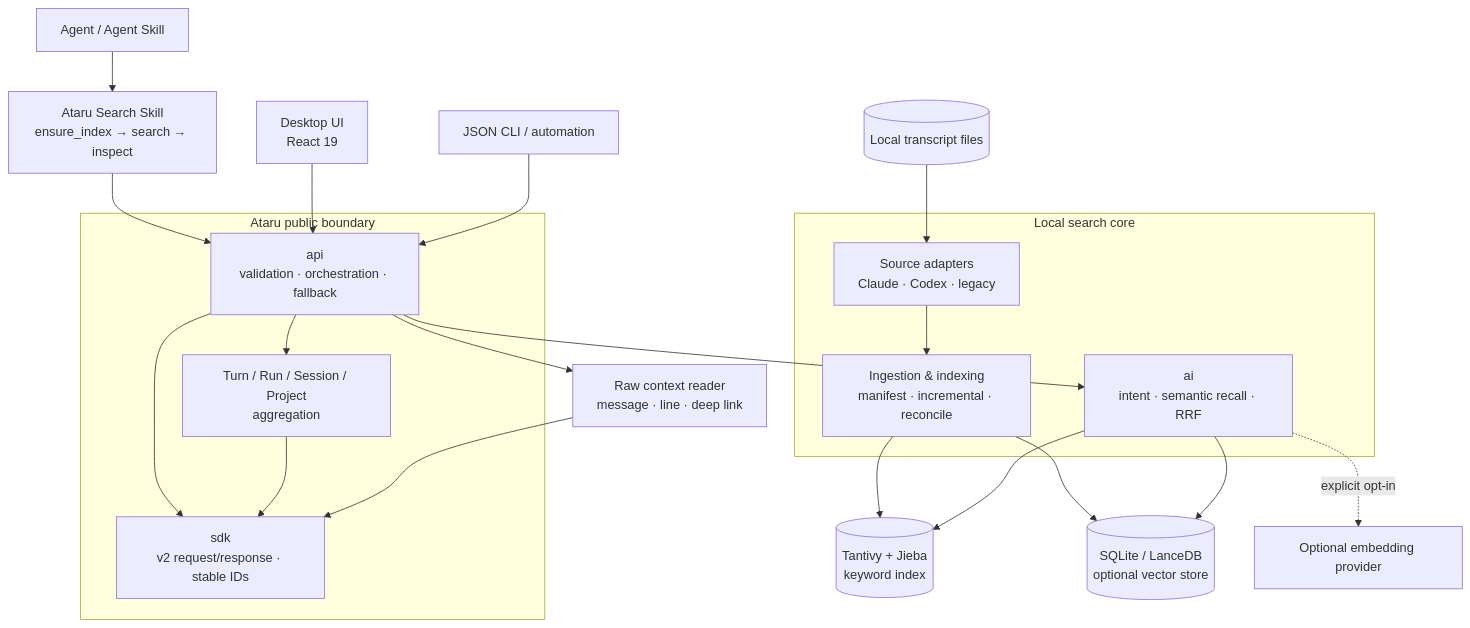
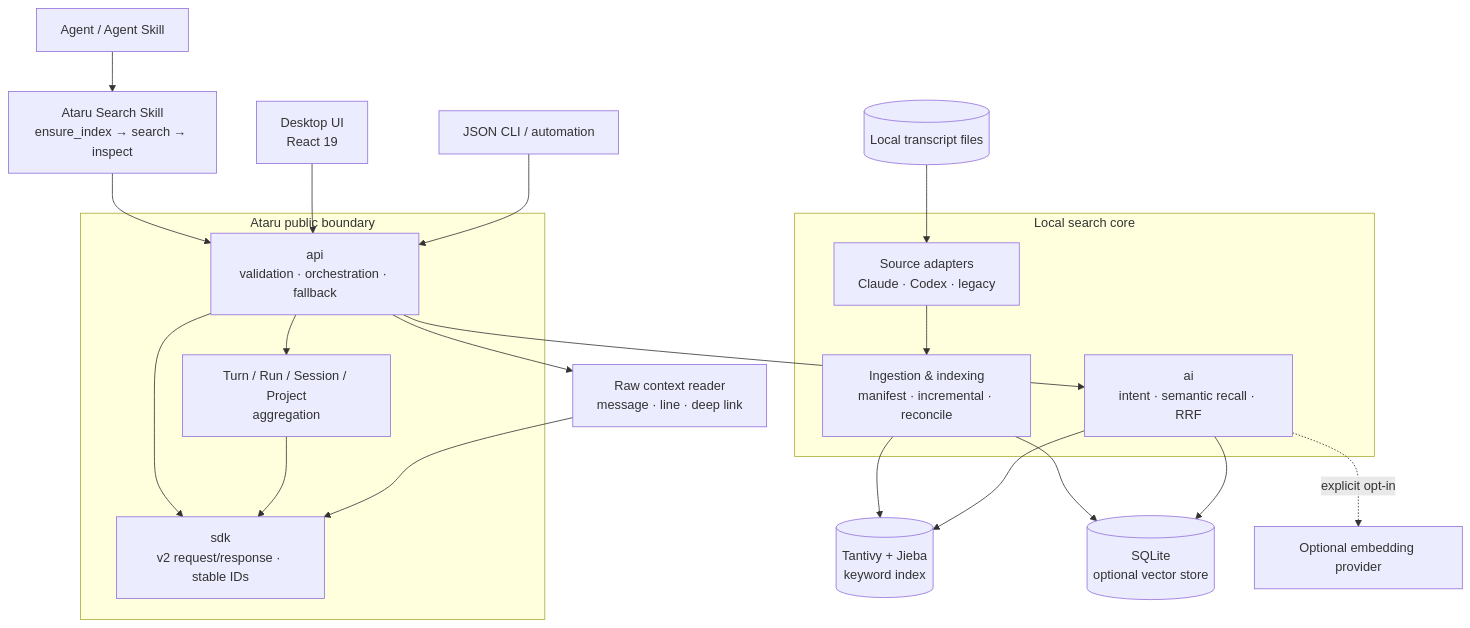
Before and after one commit to MarkShawn2020/lovcode: the diagram in README.md, drawn with Mermaid. The commit also changed other lines of this file and 8 other files, not shown here.

````diff
--- a/README.md
+++ b/README.md
@@ -153,43 +153,43 @@
 ```mermaid
 flowchart TB
     AGENT["Agent / Agent Skill"]
     AGENT_SKILL["Ataru Search Skill\nensure_index → search → inspect"]
     DESKTOP["Desktop UI\nReact 19"]
     CLI["JSON CLI / automation"]
 
     subgraph PUBLIC["Ataru public boundary"]
         API["api\nvalidation · orchestration · fallback"]
         SDK["sdk\nv2 request/response · stable IDs"]
         AGG["Turn / Run / Session / Project\naggregation"]
     end
 
     subgraph CORE["Local search core"]
         ADAPTERS["Source adapters\nClaude · Codex · legacy"]
         INGEST["Ingestion & indexing\nmanifest · incremental · reconcile"]
         AI["ai\nintent · semantic recall · RRF"]
     end
 
     SOURCES[("Local transcript files")]
     TEXT[("Tantivy + Jieba\nkeyword index")]
-    VECTOR[("SQLite / LanceDB\noptional vector store")]
+    VECTOR[("SQLite\noptional vector store")]
     EMBED["Optional embedding provider"]
     CONTEXT["Raw context reader\nmessage · line · deep link"]
 
     AGENT --> AGENT_SKILL
     AGENT_SKILL --> API
     DESKTOP --> API
     CLI --> API
     API --> SDK
     API --> AGG
     API --> AI
     AGG --> SDK
     SOURCES --> ADAPTERS
     ADAPTERS --> INGEST
     INGEST --> TEXT
     INGEST --> VECTOR
     AI --> TEXT
     AI --> VECTOR
     AI -. "explicit opt-in" .-> EMBED
     API --> CONTEXT
     CONTEXT --> SDK
 ```
````
